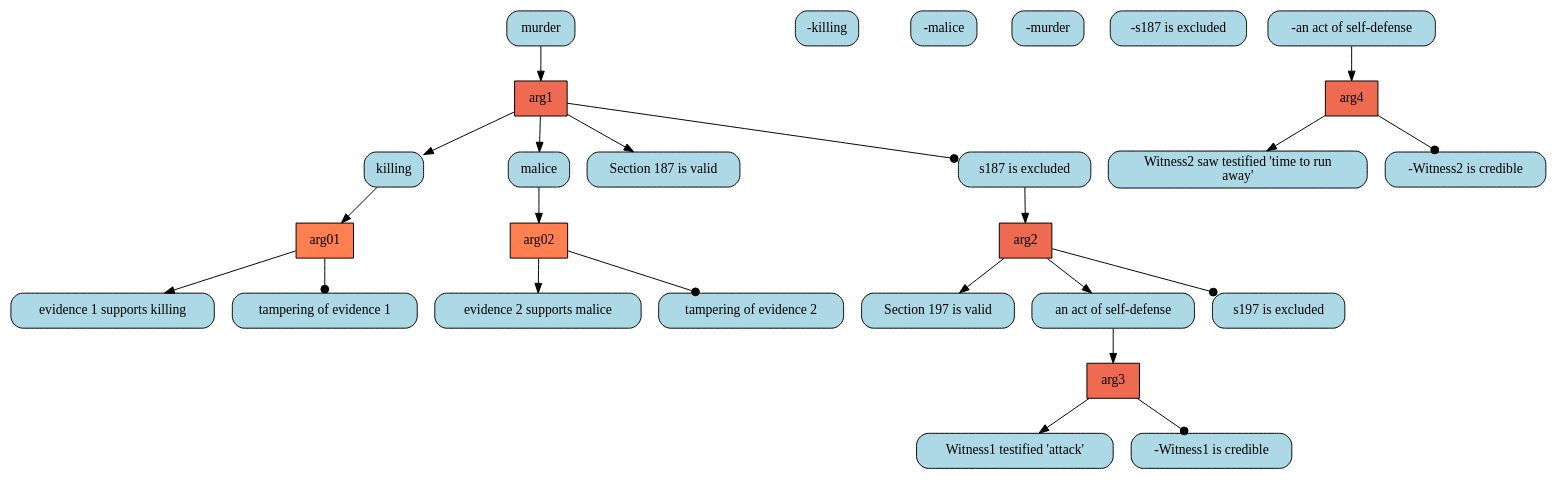
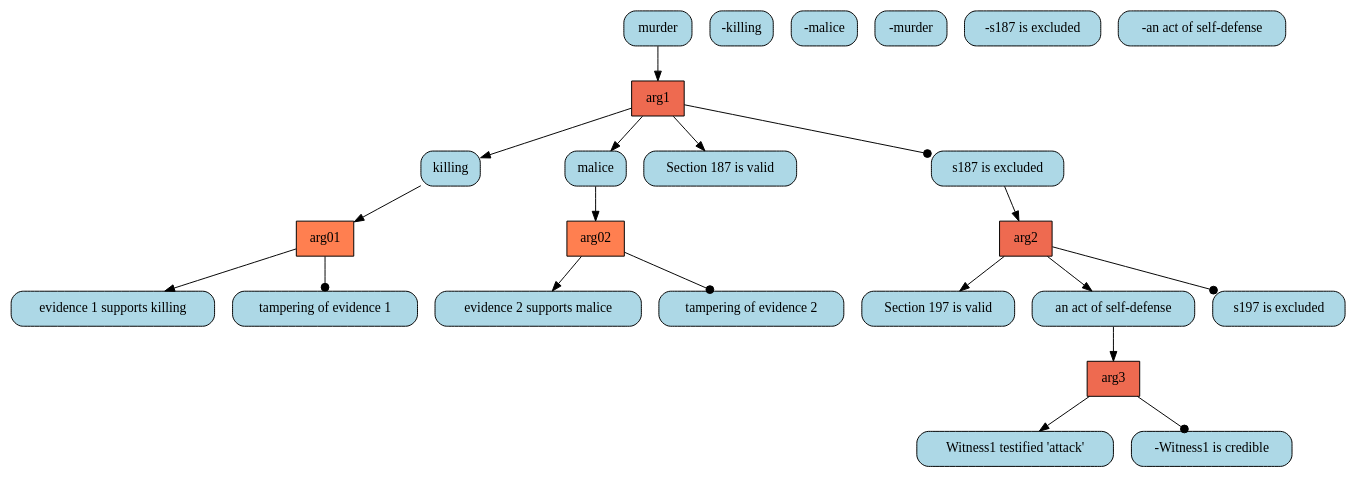
One commit to goweiting/carneades-ext changed the diagram in system/dot/example2/full.dot. Above: the diagram before and after it, drawn with Graphviz. The commit also changed 20 other files, not shown here.

```diff
--- a/system/dot/example2/full.dot
+++ b/system/dot/example2/full.dot
@@ -1,50 +1,44 @@
 digraph G{ 
 "arg01" [color="black", fillcolor="coral",fixedsize=false, shape=box, style="filled"]; 
 "killing" [color="black", fillcolor="lightblue", fixedsize=false,  shape="box", style="rounded,filled"]; 
 "-killing" [color="black", fillcolor="lightblue", fixedsize=false,  shape="box", style="rounded,filled"]; 
 "evidence 1 supports killing" [color="black", fillcolor="lightblue", fixedsize=false,  shape="box", style="rounded,filled"]; 
 "tampering of evidence 1" [color="black", fillcolor="lightblue", fixedsize=false,  shape="box", style="rounded,filled"]; 
 "arg02" [color="black", fillcolor="coral",fixedsize=false, shape=box, style="filled"]; 
 "malice" [color="black", fillcolor="lightblue", fixedsize=false,  shape="box", style="rounded,filled"]; 
 "-malice" [color="black", fillcolor="lightblue", fixedsize=false,  shape="box", style="rounded,filled"]; 
 "evidence 2 supports malice" [color="black", fillcolor="lightblue", fixedsize=false,  shape="box", style="rounded,filled"]; 
 "tampering of evidence 2" [color="black", fillcolor="lightblue", fixedsize=false,  shape="box", style="rounded,filled"]; 
 "arg1" [color="black", fillcolor="coral2",fixedsize=false, shape=box, style="filled"]; 
 "murder" [color="black", fillcolor="lightblue", fixedsize=false,  shape="box", style="rounded,filled"]; 
 "-murder" [color="black", fillcolor="lightblue", fixedsize=false,  shape="box", style="rounded,filled"]; 
 "Section 187 is valid" [color="black", fillcolor="lightblue", fixedsize=false,  shape="box", style="rounded,filled"]; 
 "s187 is excluded" [color="black", fillcolor="lightblue", fixedsize=false,  shape="box", style="rounded,filled"]; 
 "arg2" [color="black", fillcolor="coral2",fixedsize=false, shape=box, style="filled"]; 
 "-s187 is excluded" [color="black", fillcolor="lightblue", fixedsize=false,  shape="box", style="rounded,filled"]; 
 "Section 197 is valid" [color="black", fillcolor="lightblue", fixedsize=false,  shape="box", style="rounded,filled"]; 
 "an act of self-defense" [color="black", fillcolor="lightblue", fixedsize=false,  shape="box", style="rounded,filled"]; 
 "s197 is excluded" [color="black", fillcolor="lightblue", fixedsize=false,  shape="box", style="rounded,filled"]; 
 "arg3" [color="black", fillcolor="coral2",fixedsize=false, shape=box, style="filled"]; 
 "-an act of self-defense" [color="black", fillcolor="lightblue", fixedsize=false,  shape="box", style="rounded,filled"]; 
 "Witness1 testified 'attack'" [color="black", fillcolor="lightblue", fixedsize=false,  shape="box", style="rounded,filled"]; 
 "-Witness1 is credible" [color="black", fillcolor="lightblue", fixedsize=false,  shape="box", style="rounded,filled"]; 
-"arg4" [color="black", fillcolor="coral2",fixedsize=false, shape=box, style="filled"]; 
-"Witness2 saw testified 'time to run\naway'" [color="black", fillcolor="lightblue", fixedsize=false,  shape="box", style="rounded,filled"]; 
-"-Witness2 is credible" [color="black", fillcolor="lightblue", fixedsize=false,  shape="box", style="rounded,filled"]; 
 "killing" -> "arg01" ; 
 "arg01" -> "evidence 1 supports killing" ; 
 "arg01" -> "tampering of evidence 1" [arrowhead=dot] ; 
 "malice" -> "arg02" ; 
 "arg02" -> "evidence 2 supports malice" ; 
 "arg02" -> "tampering of evidence 2" [arrowhead=dot] ; 
 "murder" -> "arg1" ; 
 "arg1" -> "Section 187 is valid" ; 
 "arg1" -> "killing" ; 
 "arg1" -> "malice" ; 
 "arg1" -> "s187 is excluded" [arrowhead=dot] ; 
 "s187 is excluded" -> "arg2" ; 
 "arg2" -> "Section 197 is valid" ; 
 "arg2" -> "an act of self-defense" ; 
 "arg2" -> "s197 is excluded" [arrowhead=dot] ; 
 "an act of self-defense" -> "arg3" ; 
 "arg3" -> "Witness1 testified 'attack'" ; 
 "arg3" -> "-Witness1 is credible" [arrowhead=dot] ; 
-"-an act of self-defense" -> "arg4" ; 
-"arg4" -> "Witness2 saw testified 'time to run\naway'" ; 
-"arg4" -> "-Witness2 is credible" [arrowhead=dot] ; 
 }
```
